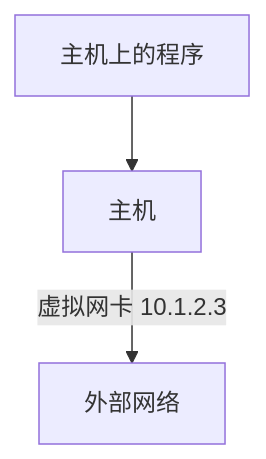
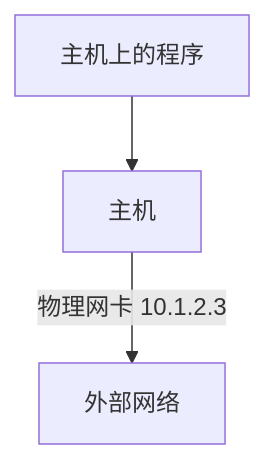
The first of 4 diagrams in docs/Ch01/supplement.md (ustclug/Linux101-docs), drawn with Mermaid before and after one commit. The commit also changed other lines of this file, not shown here.

````diff
--- a/docs/Ch01/supplement.md
+++ b/docs/Ch01/supplement.md
@@ -551,5 +198,5 @@
 ```mermaid
 flowchart TD
     HSP[主机上的程序] --> HS
-    HS[主机] -->|虚拟网卡 10.1.2.3| IN[外部网络]
+    HS[主机] -->|物理网卡 10.1.2.3| IN[外部网络]
 ```
````
